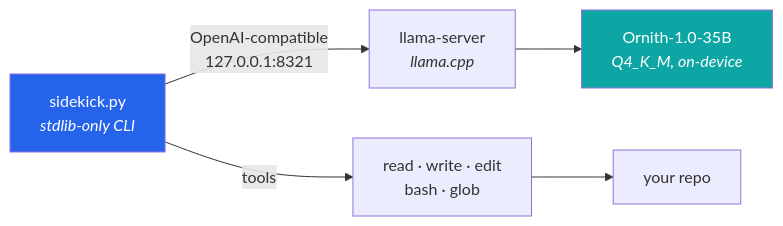
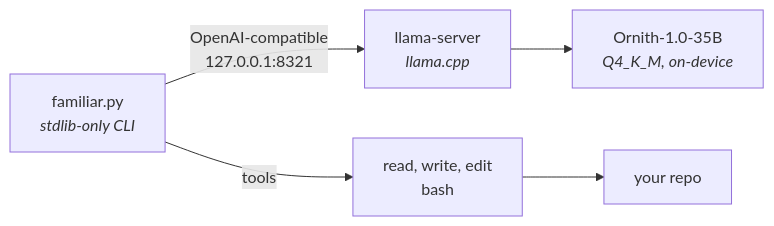
One commit to wizards-ecosystem/wizards-familiar changed the diagram in README.md. Above: the diagram before and after it, drawn with Mermaid. The commit also changed other lines of this file and 15 other files, not shown here.

````diff
--- a/README.md
+++ b/README.md
@@ -35,9 +33,7 @@
 ```mermaid
 flowchart LR
-    A["sidekick.py<br/><i>stdlib-only CLI</i>"] -->|"OpenAI-compatible<br/>127.0.0.1:8321"| B["llama-server<br/><i>llama.cpp</i>"]
+    A["familiar.py<br/><i>stdlib-only CLI</i>"] -->|"OpenAI-compatible<br/>127.0.0.1:8321"| B["llama-server<br/><i>llama.cpp</i>"]
     B --> C["Ornith-1.0-35B<br/><i>Q4_K_M, on-device</i>"]
-    A -->|"tools"| D["read · write · edit<br/>bash · glob"]
+    A -->|"tools"| D["read, write, edit<br/>bash"]
     D --> E["your repo"]
-    style A fill:#2563EB,color:#fff
-    style C fill:#0EA5A5,color:#fff
 ```
````
